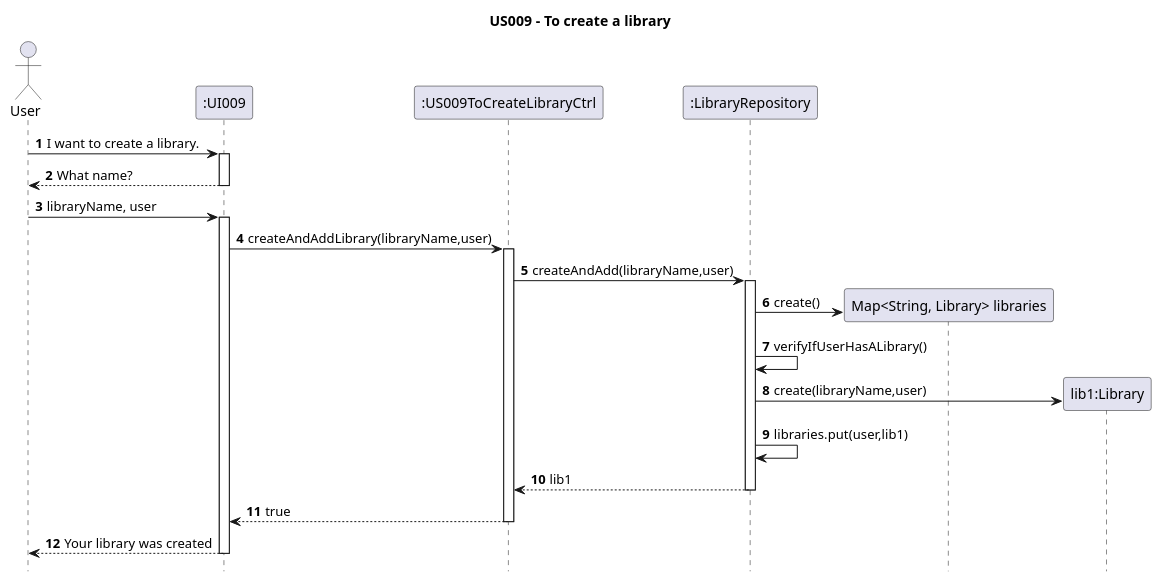
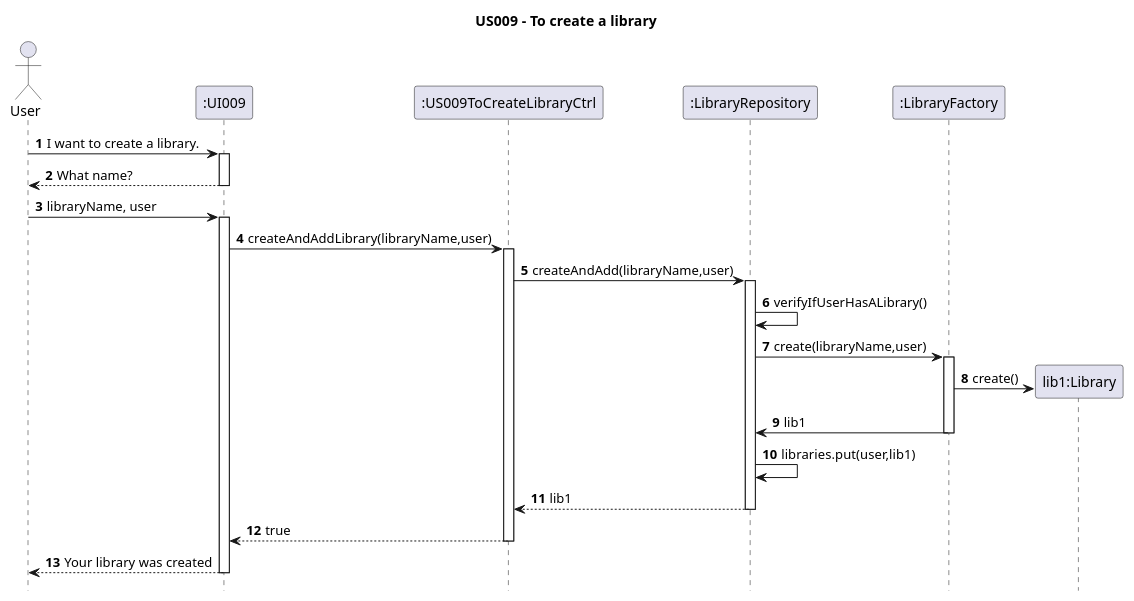
Before and after one commit to AndrePereiraGitH/SWitCH-Project-Team_A: the diagram in Diagrams/SequenceDiagrams/N2/US009-to-create-a-library.puml, drawn with PlantUML. The commit also changed 1 other file, not shown here.

Commit message:
Working on #185, updated CD & SD to integrate LibraryFactory in the design

```diff
--- a/Diagrams/SequenceDiagrams/N2/US009-to-create-a-library.puml
+++ b/Diagrams/SequenceDiagrams/N2/US009-to-create-a-library.puml
@@ -1,48 +1,49 @@
 @startuml
 hide footbox
 autonumber
 title US009 - To create a library
 
 
 actor User
 participant ":UI009" as UI
 
-
-
 participant ":US009ToCreateLibraryCtrl" as Ctrl
 participant ":LibraryRepository" as LibraryRepo
-
+participant ":LibraryFactory" as factory
 
 
 User -> UI : I want to create a library.
 activate UI
 UI --> User : What name?
 deactivate UI
 User -> UI : libraryName, user
 activate UI
 
 UI -> Ctrl : createAndAddLibrary(libraryName,user)
 activate Ctrl
 Ctrl -> LibraryRepo : createAndAdd(libraryName,user)
 activate LibraryRepo
 
-create "Map<String, Library> libraries" as list
-LibraryRepo -> list : create()
+
 
 LibraryRepo -> LibraryRepo: verifyIfUserHasALibrary()
 
+LibraryRepo -> factory: create(libraryName,user)
+activate factory
 create "lib1:Library" as Library
-LibraryRepo -> Library : create(libraryName,user)
+factory -> Library : create()
+factory -> LibraryRepo: lib1
+deactivate factory
 
 
 LibraryRepo -> LibraryRepo : libraries.put(user,lib1)
 
 
 LibraryRepo --> Ctrl : lib1
 deactivate LibraryRepo
 Ctrl --> UI : true
 deactivate Ctrl
 UI --> User : Your library was created
 deactivate UI
 
 @enduml
```
